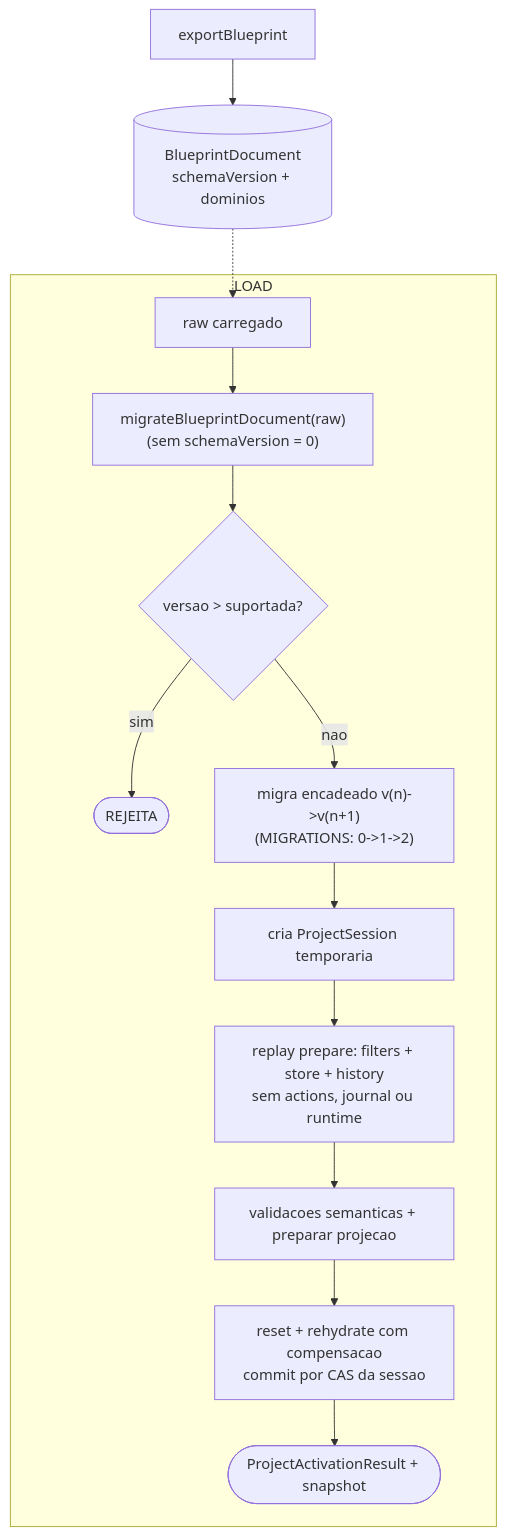
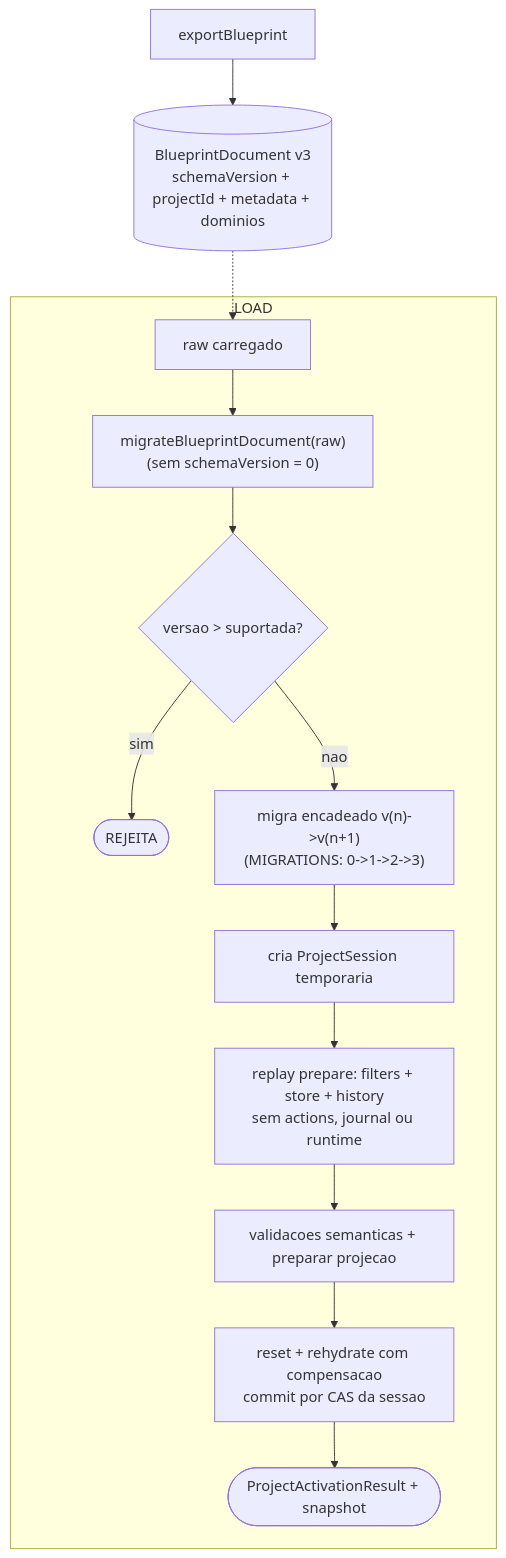
One commit to flaviotinococoutinho/Gridsmith changed the eighth of 8 diagrams in docs/CANONICAL-MODEL.md. Above: the diagram before and after it, drawn with Mermaid. The commit also changed other lines of this file and 66 other files, not shown here.

````diff
--- a/docs/CANONICAL-MODEL.md
+++ b/docs/CANONICAL-MODEL.md
@@ -296,16 +299,16 @@
 ```mermaid
 graph TD
-  EXP["exportBlueprint"] --> DOC[("BlueprintDocument<br/>schemaVersion + dominios")]
+  EXP["exportBlueprint"] --> DOC[("BlueprintDocument v3<br/>schemaVersion + projectId + metadata + dominios")]
   DOC -.-> RAW["raw carregado"]
   subgraph LOAD["LOAD"]
     RAW --> MIG["migrateBlueprintDocument(raw)<br/>(sem schemaVersion = 0)"]
     MIG --> V{"versao > suportada?"}
     V -->|"sim"| REJ(["REJEITA"])
-    V -->|"nao"| CHAIN["migra encadeado v(n)->v(n+1)<br/>(MIGRATIONS: 0->1->2)"]
+    V -->|"nao"| CHAIN["migra encadeado v(n)->v(n+1)<br/>(MIGRATIONS: 0->1->2->3)"]
     CHAIN --> TMP["cria ProjectSession temporaria"]
     TMP --> REP["replay prepare: filters + store + history<br/>sem actions, journal ou runtime"]
     REP --> SEM["validacoes semanticas + preparar projecao"]
     SEM --> SWAP["reset + rehydrate com compensacao<br/>commit por CAS da sessao"]
     SWAP --> SUM(["ProjectActivationResult + snapshot"])
   end
 ```
````
